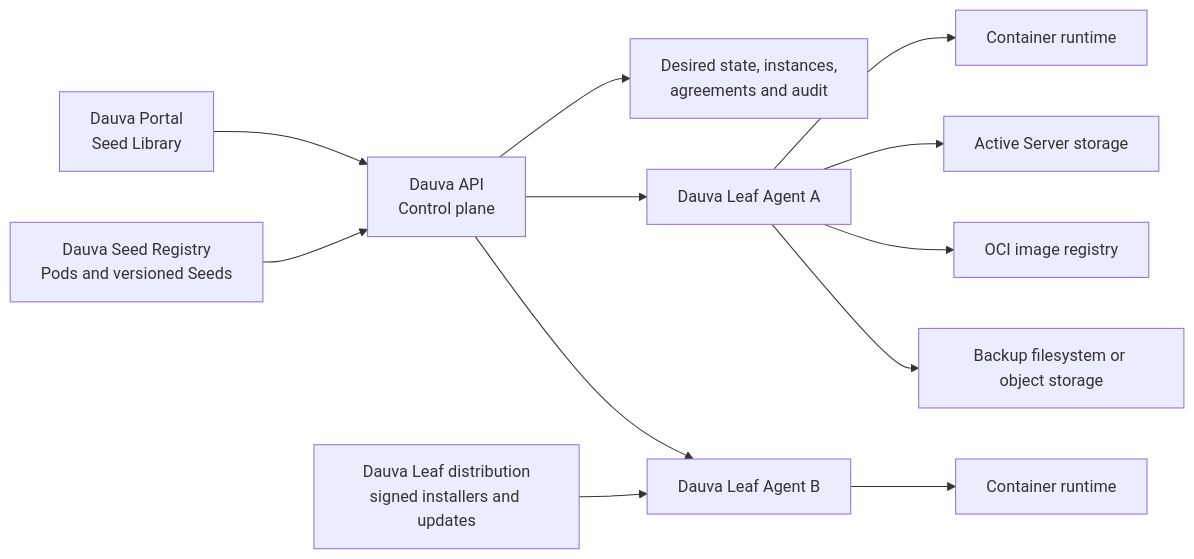
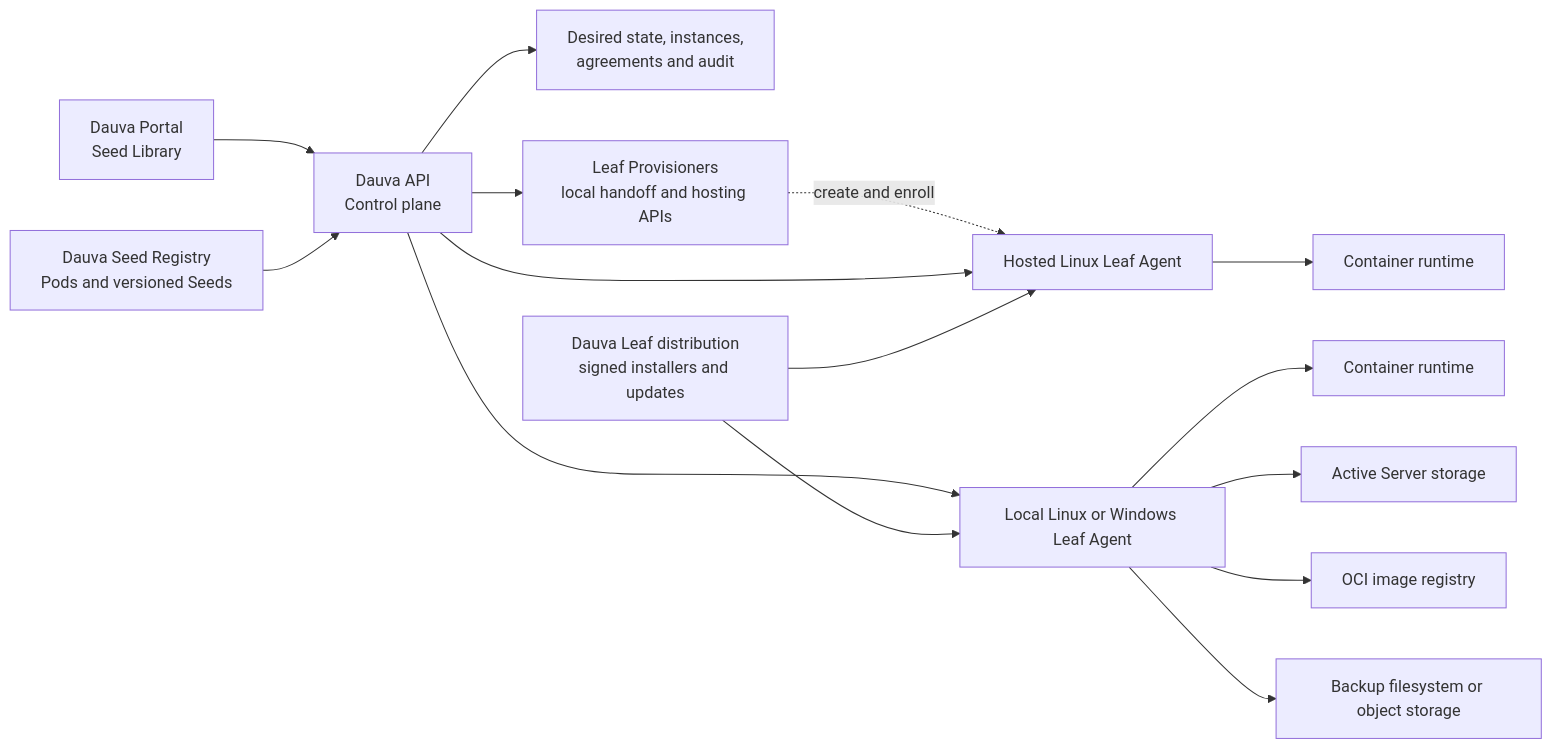
Before and after one commit to Deucarian/dauva-seeds: the diagram in docs/architecture/dauva-native-server-platform.md, drawn with Mermaid. The commit also changed other lines of this file and 2 other files, not shown here.

Commit message:
docs: define portable hosting end goal

````diff
--- a/docs/architecture/dauva-native-server-platform.md
+++ b/docs/architecture/dauva-native-server-platform.md
@@ -221,14 +222,17 @@
 ```mermaid
 flowchart LR
     Portal["Dauva Portal<br/>Seed Library"] --> API["Dauva API<br/>Control plane"]
     Registry["Dauva Seed Registry<br/>Pods and versioned Seeds"] --> API
     API --> Database["Desired state, instances,<br/>agreements and audit"]
-    API --> AgentA["Dauva Leaf Agent A"]
-    API --> AgentB["Dauva Leaf Agent B"]
-    Distribution["Dauva Leaf distribution<br/>signed installers and updates"] --> AgentB
+    API --> Provisioners["Leaf Provisioners<br/>local handoff and hosting APIs"]
+    Provisioners -. "create and enroll" .-> AgentB["Hosted Linux Leaf Agent"]
+    API --> AgentA["Local Linux or Windows Leaf Agent"]
+    API --> AgentB
+    Distribution["Dauva Leaf distribution<br/>signed installers and updates"] --> AgentA
+    Distribution --> AgentB
     AgentA --> RuntimeA["Container runtime"]
     AgentB --> RuntimeB["Container runtime"]
     AgentA --> Data["Active Server storage"]
     AgentA --> Images["OCI image registry"]
     AgentA --> Backups["Backup filesystem or object storage"]
 ```
````
